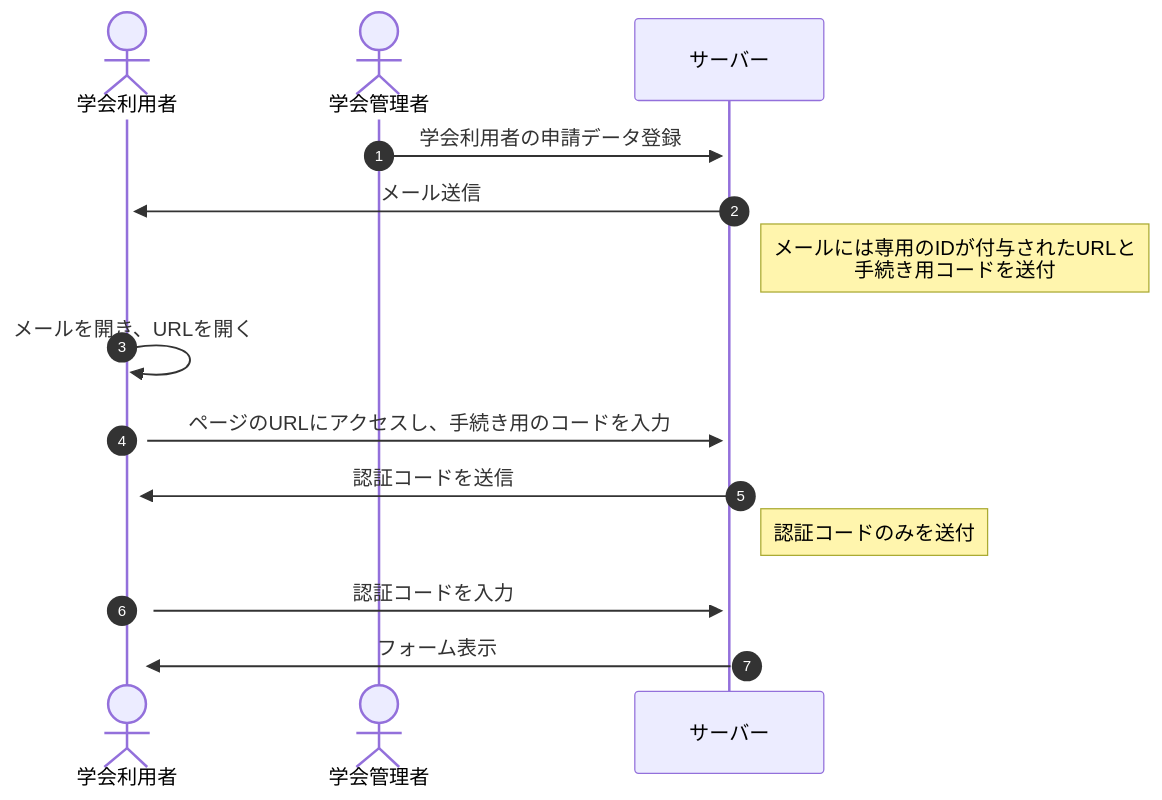
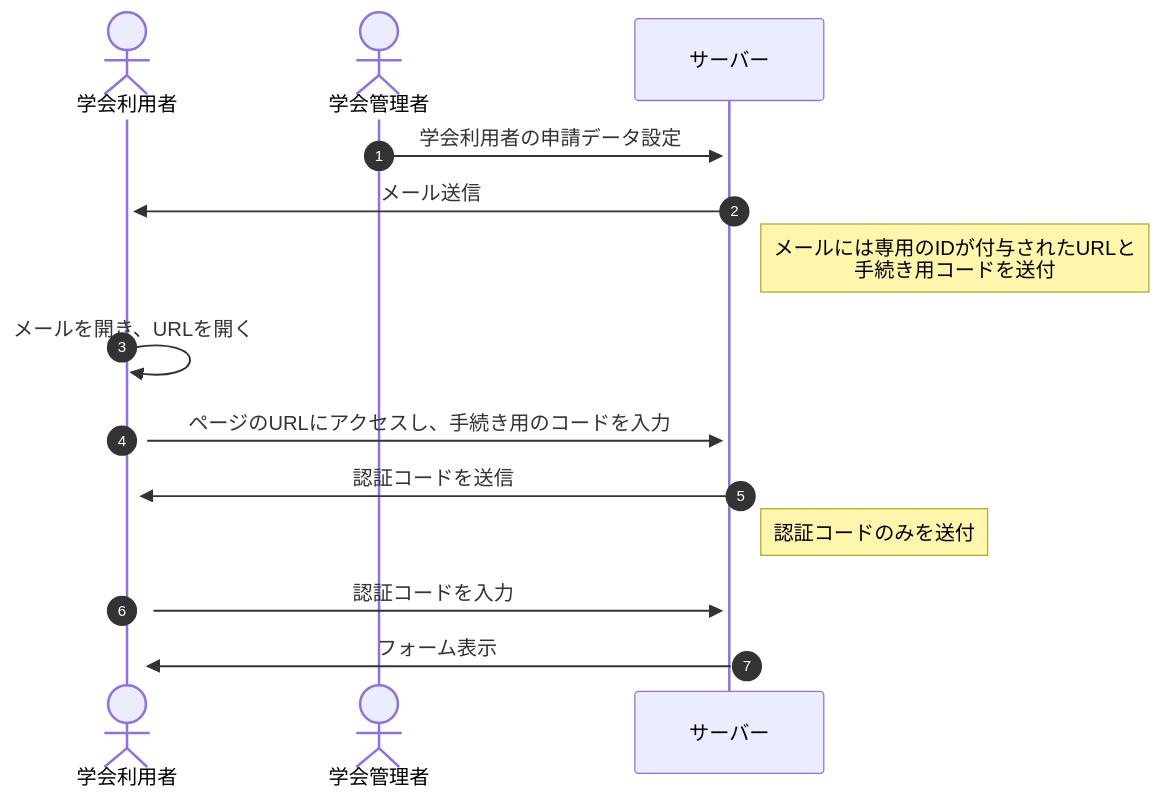
The first of 6 diagrams in docs/基本設計書-利用者認証機能.md (kinachan/kokusai-bunken-doc), drawn with Mermaid before and after one commit. The commit also changed other lines of this file, not shown here.

````diff
--- a/docs/基本設計書-利用者認証機能.md
+++ b/docs/基本設計書-利用者認証機能.md
@@ -10,19 +10,19 @@
 ```mermaid
 
 sequenceDiagram
 autonumber
 
 actor user as 学会利用者
 actor admin as 学会管理者
 participant server as サーバー
 
-admin->>+server: 学会利用者の申請データ登録
+admin->>+server: 学会利用者の申請データ設定
 server->>+user: メール送信
   note right of server: メールには専用のIDが付与されたURLと<br/>手続き用コードを送付
 user->>+user: メールを開き、URLを開く
 user->>+server: ページのURLにアクセスし、手続き用のコードを入力
 server->>+user: 認証コードを送信
   note right of server: 認証コードのみを送付
 user->>+server: 認証コードを入力
 server->>+user: フォーム表示
 ```
````
